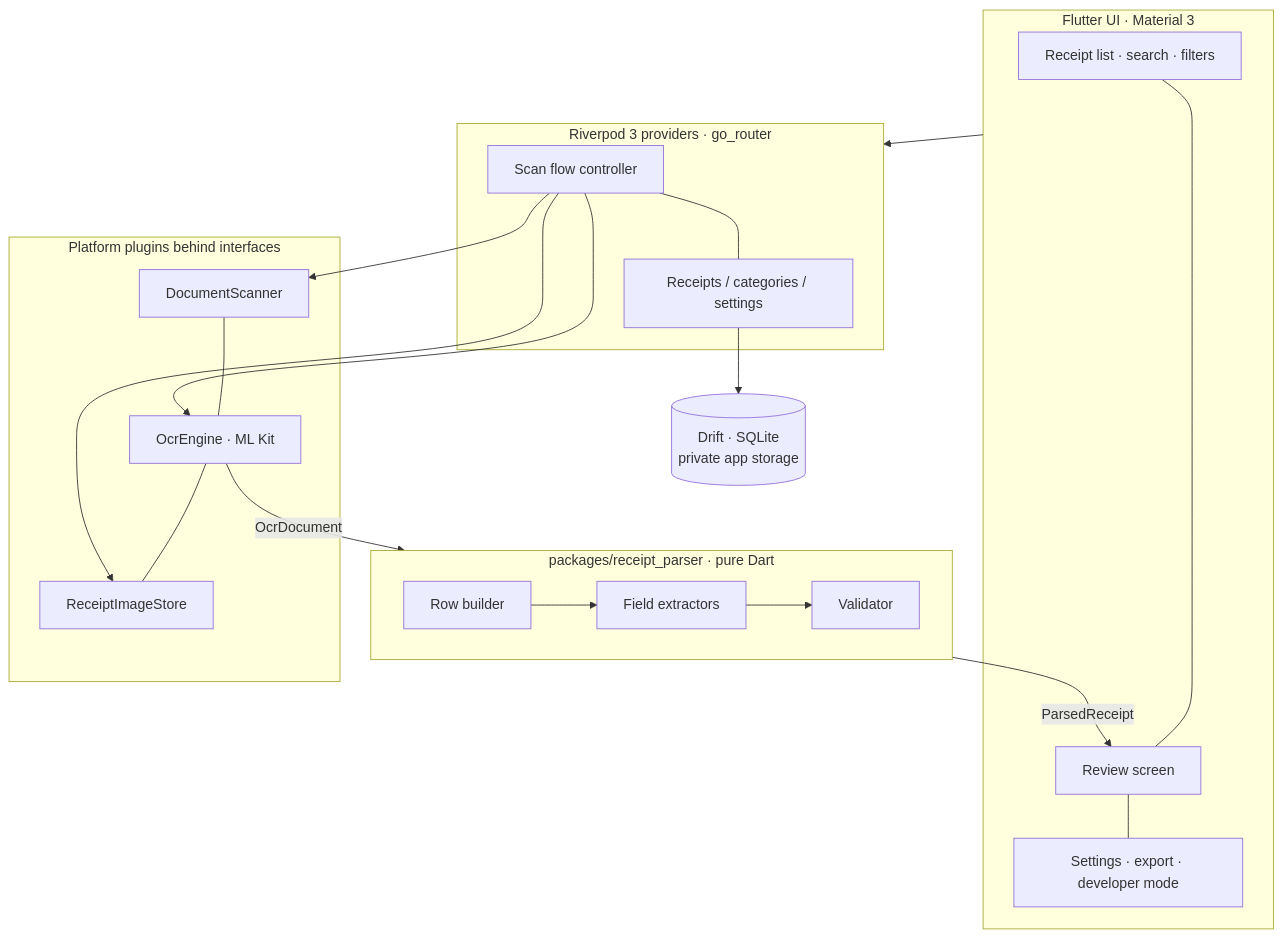
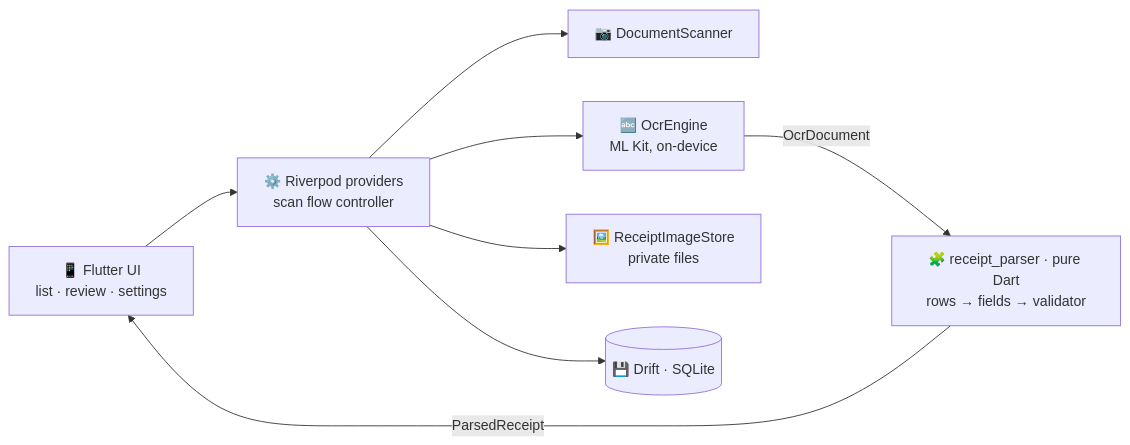
One commit to naumanbutt2002/ReceiptMind-Private-Offline-AI changed the second of 2 diagrams in README.md. Above: the diagram before and after it, drawn with Mermaid.

Commit message:
docs: simplify the README architecture diagram

````diff
--- a/README.md
+++ b/README.md
@@ -188,23 +188,10 @@
 ```mermaid
-flowchart TB
-  subgraph UI["Flutter UI · Material 3"]
-    L[Receipt list · search · filters] --- R[Review screen] --- S[Settings · export · developer mode]
-  end
-  subgraph State["Riverpod 3 providers · go_router"]
-    C[Scan flow controller] --- Q[Receipts / categories / settings]
-  end
-  subgraph Platform["Platform plugins behind interfaces"]
-    DS[DocumentScanner] --- OE[OcrEngine · ML Kit] --- IS[ReceiptImageStore]
-  end
-  subgraph Parser["packages/receipt_parser · pure Dart"]
-    RB[Row builder] --> EX[Field extractors] --> VA[Validator]
-  end
-  DB[(Drift · SQLite<br/>private app storage)]
-  UI --> State
-  C --> DS
-  C --> OE
-  OE -->|OcrDocument| Parser
-  Parser -->|ParsedReceipt| R
-  Q --> DB
-  C --> IS
+flowchart LR
+  UI["📱 Flutter UI<br/>list · review · settings"] --> ST["⚙️ Riverpod providers<br/>scan flow controller"]
+  ST --> SC["📷 DocumentScanner"]
+  ST --> OCR["🔤 OcrEngine<br/>ML Kit, on-device"]
+  OCR -->|OcrDocument| P["🧩 receipt_parser · pure Dart<br/>rows → fields → validator"]
+  P -->|ParsedReceipt| UI
+  ST --> IMG["🖼️ ReceiptImageStore<br/>private files"]
+  ST --> DB[("💾 Drift · SQLite")]
 ```
````
